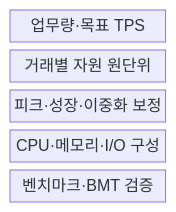
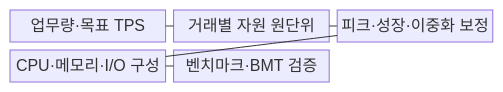
One commit to agnusdei1207/knowledge-base changed the first of 2 diagrams in src/content/docs/notes/06-evaluation/009_hw_sizing_tps_based.md. Above: the diagram before and after it, drawn with Mermaid. The commit also changed other lines of this file and 53 other files, not shown here.

````diff
--- a/src/content/docs/notes/06-evaluation/009_hw_sizing_tps_based.md
+++ b/src/content/docs/notes/06-evaluation/009_hw_sizing_tps_based.md
@@ -56,9 +56,13 @@
 ```mermaid
 block-beta
-  columns 1
+  columns 3
   W["업무량·목표 TPS"]
   U["거래별 자원 원단위"]
   F["피크·성장·이중화 보정"]
   C["CPU·메모리·I/O 구성"]
   V["벤치마크·BMT 검증"]
+  W --- U
+  U --- F
+  F --- C
+  C --- V
 ```
````
